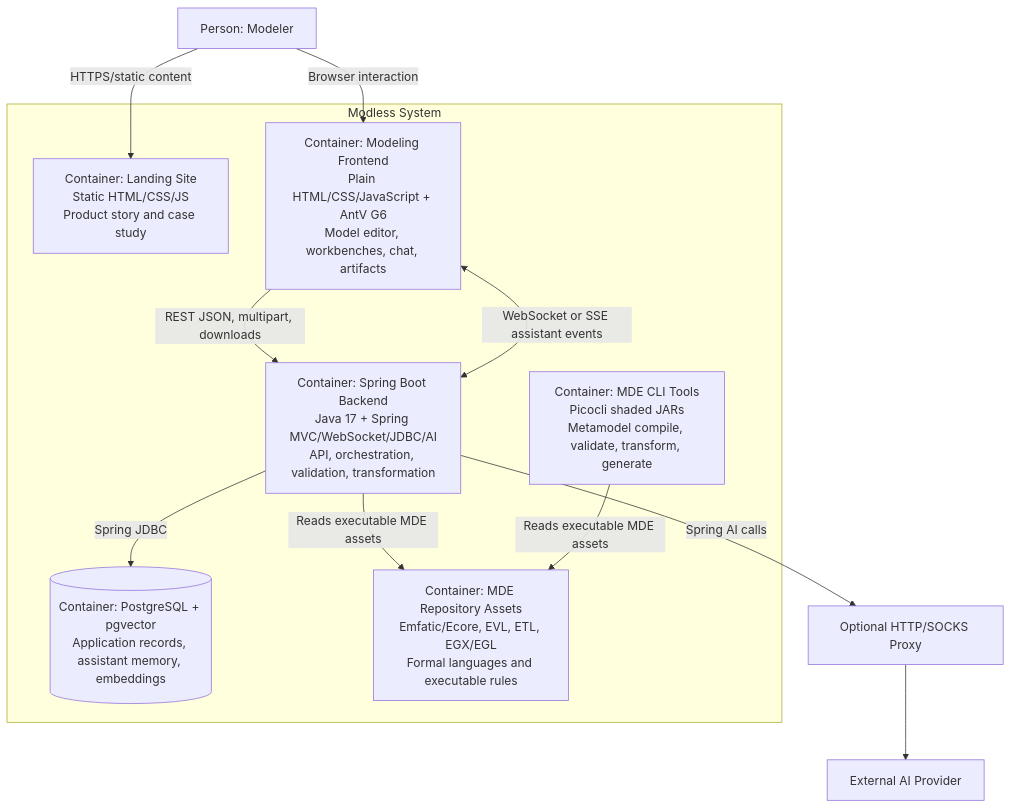
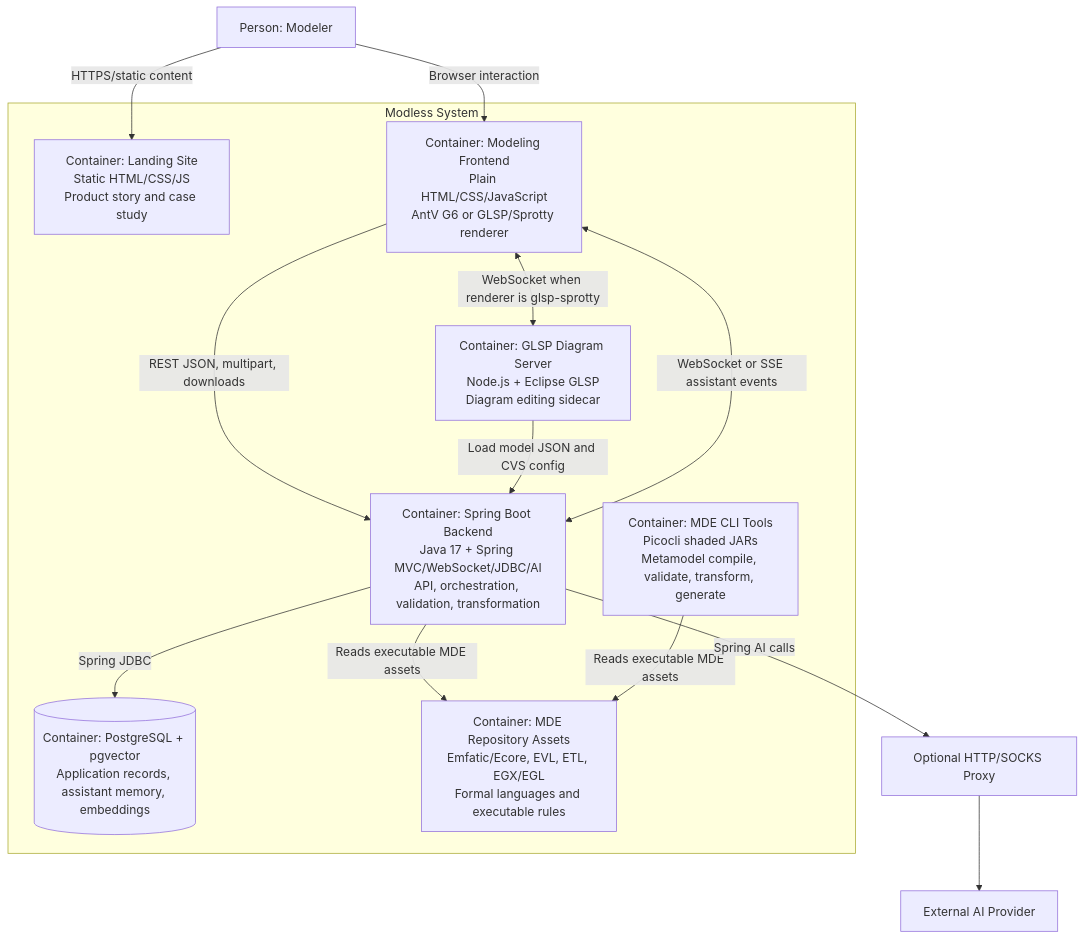
Before and after one commit to mehdieidi/modriss: the first of 2 diagrams in docs/diagrams/02-c4-containers.md, drawn with Mermaid. The commit also changed other lines of this file and 50 other files, not shown here.

````diff
--- a/docs/diagrams/02-c4-containers.md
+++ b/docs/diagrams/02-c4-containers.md
@@ -3,26 +3,29 @@
 ```mermaid
 flowchart TB
     user["Person: Modeler"]
 
     subgraph modless["Modless System"]
         landing["Container: Landing Site<br/>Static HTML/CSS/JS<br/>Product story and case study"]
-        frontend["Container: Modeling Frontend<br/>Plain HTML/CSS/JavaScript + AntV G6<br/>Model editor, workbenches, chat, artifacts"]
+        frontend["Container: Modeling Frontend<br/>Plain HTML/CSS/JavaScript<br/>AntV G6 or GLSP/Sprotty renderer"]
+        glsp["Container: GLSP Diagram Server<br/>Node.js + Eclipse GLSP<br/>Diagram editing sidecar"]
         backend["Container: Spring Boot Backend<br/>Java 17 + Spring MVC/WebSocket/JDBC/AI<br/>API, orchestration, validation, transformation"]
         postgres[("Container: PostgreSQL + pgvector<br/>Application records, assistant memory, embeddings")]
         mde["Container: MDE Repository Assets<br/>Emfatic/Ecore, EVL, ETL, EGX/EGL<br/>Formal languages and executable rules"]
         cli["Container: MDE CLI Tools<br/>Picocli shaded JARs<br/>Metamodel compile, validate, transform, generate"]
     end
 
     provider["External AI Provider"]
     proxy["Optional HTTP/SOCKS Proxy"]
 
     user -->|"HTTPS/static content"| landing
     user -->|"Browser interaction"| frontend
     frontend -->|"REST JSON, multipart, downloads"| backend
+    frontend <-->|"WebSocket when renderer is glsp-sprotty"| glsp
+    glsp -->|"Load model JSON and CVS config"| backend
     frontend <-->|"WebSocket or SSE assistant events"| backend
     backend -->|"Spring JDBC"| postgres
     backend -->|"Reads executable MDE assets"| mde
     cli -->|"Reads executable MDE assets"| mde
     backend -->|"Spring AI calls"| proxy
     proxy --> provider
 ```
````
